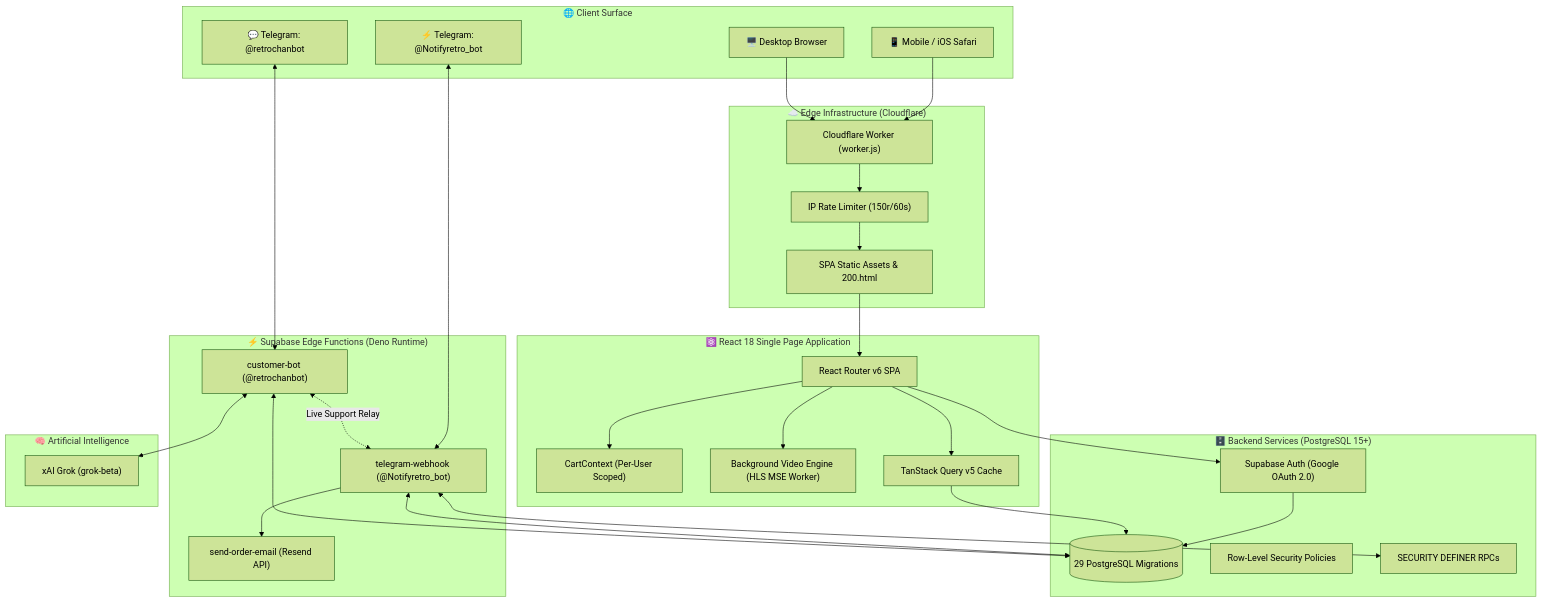
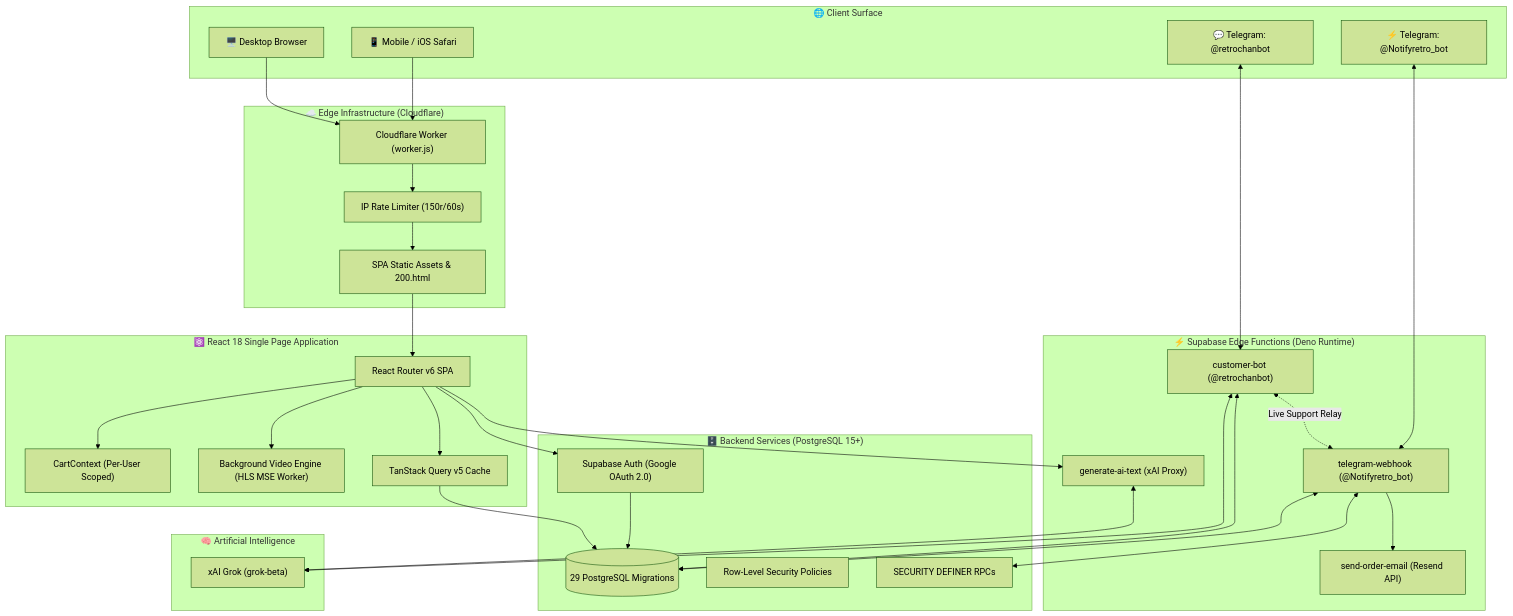
Before and after one commit to abirthe/retrohub: the first of 2 diagrams in README.md, drawn with Mermaid (forest theme). The commit also changed other lines of this file and 3 other files, not shown here.

Commit message:
docs: Update READMEs with generate-ai-text architecture and deployment details

````diff
--- a/README.md
+++ b/README.md
@@ -40,59 +40,62 @@
 ```mermaid
 graph TB
     subgraph Clients["🌐 Client Surface"]
         Desktop["🖥️ Desktop Browser"]
         Mobile["📱 Mobile / iOS Safari"]
         TgCustomer["💬 Telegram: @retrochanbot"]
         TgAdmin["⚡ Telegram: @Notifyretro_bot"]
     end
 
     subgraph Edge["☁️ Edge Infrastructure (Cloudflare)"]
         CFWorker["Cloudflare Worker (worker.js)"]
         RateLimiter["IP Rate Limiter (150r/60s)"]
         StaticAssets["SPA Static Assets & 200.html"]
     end
 
     subgraph Frontend["⚛️ React 18 Single Page Application"]
         Router["React Router v6 SPA"]
         Cart["CartContext (Per-User Scoped)"]
         BgAnim["Background Video Engine (HLS MSE Worker)"]
         Query["TanStack Query v5 Cache"]
     end
 
     subgraph Supabase["🗄️ Backend Services (PostgreSQL 15+)"]
         Auth["Supabase Auth (Google OAuth 2.0)"]
         DB[(29 PostgreSQL Migrations)]
         RLS["Row-Level Security Policies"]
         RPCs["SECURITY DEFINER RPCs"]
     end
 
     subgraph EdgeFunctions["⚡ Supabase Edge Functions (Deno Runtime)"]
         CustomerFn["customer-bot (@retrochanbot)"]
         AdminFn["telegram-webhook (@Notifyretro_bot)"]
         EmailFn["send-order-email (Resend API)"]
+        AiProxyFn["generate-ai-text (xAI Proxy)"]
     end
 
     subgraph AI["🧠 Artificial Intelligence"]
         xAI["xAI Grok (grok-beta)"]
     end
 
     Desktop --> CFWorker
     Mobile --> CFWorker
     CFWorker --> RateLimiter --> StaticAssets --> Router
     Router --> Cart
     Router --> BgAnim
     Router --> Query
     Query --> DB
     Router --> Auth
     Auth --> DB
+    Router --> AiProxyFn
+    AiProxyFn <--> xAI
 
     TgCustomer <--> CustomerFn
     CustomerFn <--> xAI
     CustomerFn <--> DB
     CustomerFn <-.->|"Live Support Relay"| AdminFn
 
     TgAdmin <--> AdminFn
     AdminFn <--> RPCs
     AdminFn <--> DB
     AdminFn --> EmailFn
 ```
````
